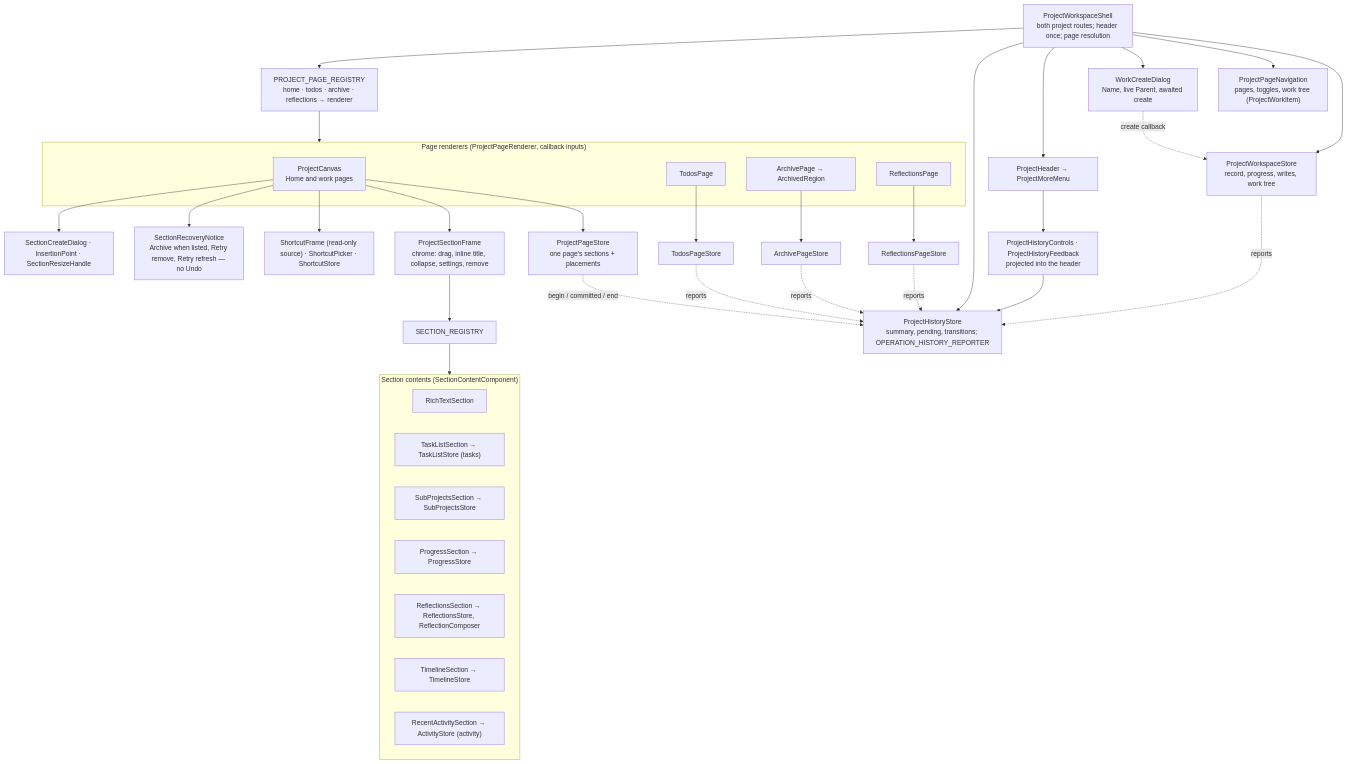
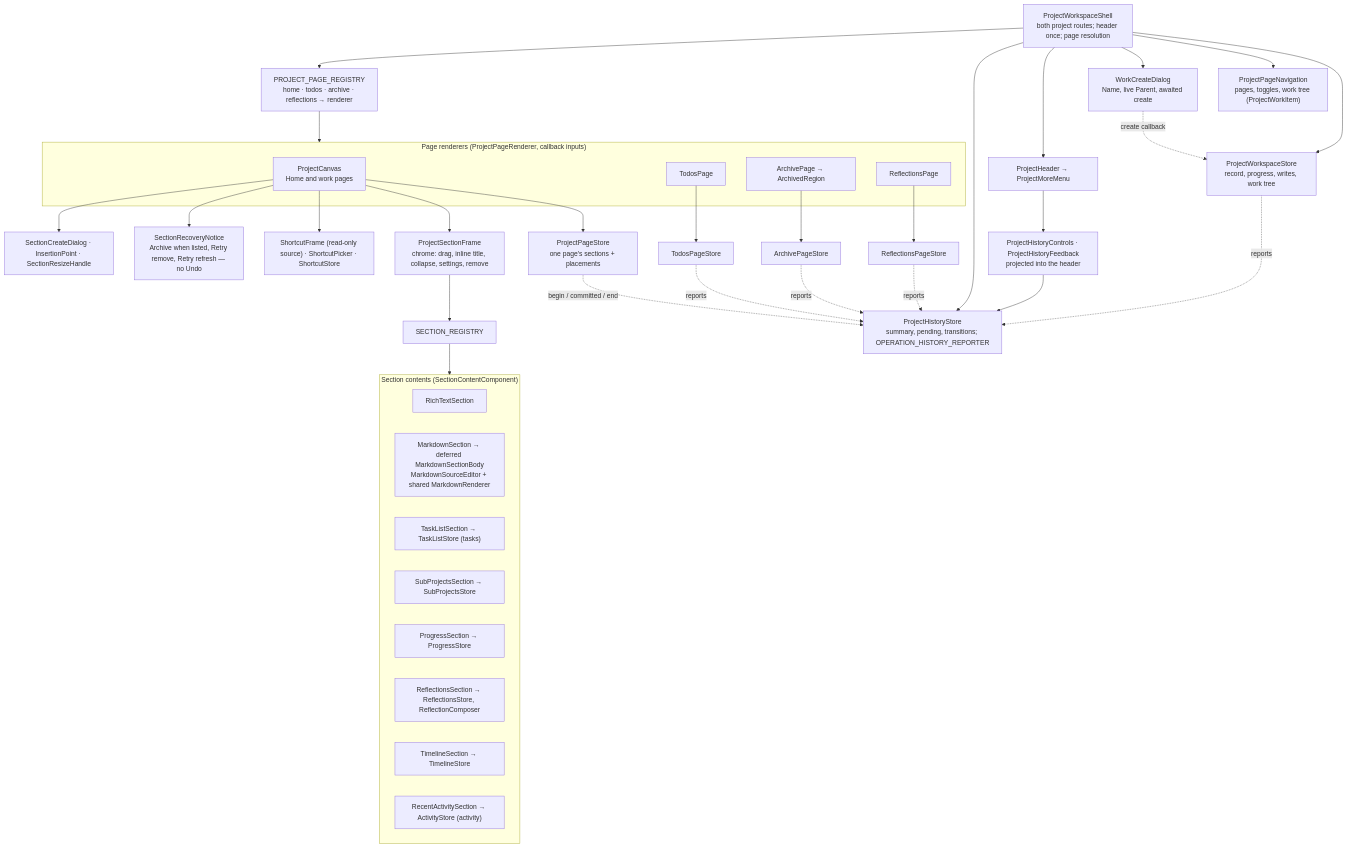
The first of 2 diagrams in docs/architecture/web/projects/what.md (CalciteDragon/Canvas-work-manager-prototype), drawn with Mermaid before and after one commit. The commit also changed other lines of this file and 78 other files, not shown here.

````diff
--- a/docs/architecture/web/projects/what.md
+++ b/docs/architecture/web/projects/what.md
@@ -5,56 +5,57 @@
 ```mermaid
 flowchart TB
   shell["ProjectWorkspaceShell<br/>both project routes; header once; page resolution"]
   wstore["ProjectWorkspaceStore<br/>record, progress, writes, work tree"]
   nav["ProjectPageNavigation<br/>pages, toggles, work tree (ProjectWorkItem)"]
   workcreate["WorkCreateDialog<br/>Name, live Parent, awaited create"]
   header["ProjectHeader → ProjectMoreMenu"]
   hist["ProjectHistoryStore<br/>summary, pending, transitions; OPERATION_HISTORY_REPORTER"]
   controls["ProjectHistoryControls · ProjectHistoryFeedback<br/>projected into the header"]
   reg["PROJECT_PAGE_REGISTRY<br/>home · todos · archive · reflections → renderer"]
   subgraph renderers["Page renderers (ProjectPageRenderer, callback inputs)"]
     canvas["ProjectCanvas<br/>Home and work pages"]
     todos["TodosPage"]
     archive["ArchivePage → ArchivedRegion"]
     refl["ReflectionsPage"]
   end
   pstore["ProjectPageStore<br/>one page's sections + placements"]
   tstore["TodosPageStore"]
   astore["ArchivePageStore"]
   rstore["ReflectionsPageStore"]
   frame["ProjectSectionFrame<br/>chrome: drag, inline title, collapse, settings, remove"]
   sreg["SECTION_REGISTRY"]
   subgraph sections["Section contents (SectionContentComponent)"]
     rt["RichTextSection"]
+    md["MarkdownSection → deferred MarkdownSectionBody<br/>MarkdownSourceEditor + shared MarkdownRenderer"]
     tl["TaskListSection → TaskListStore (tasks)"]
     sp["SubProjectsSection → SubProjectsStore"]
     pg["ProgressSection → ProgressStore"]
     rf["ReflectionsSection → ReflectionsStore, ReflectionComposer"]
     tm["TimelineSection → TimelineStore"]
     ra["RecentActivitySection → ActivityStore (activity)"]
   end
   sc["ShortcutFrame (read-only source) · ShortcutPicker · ShortcutStore"]
   notice["SectionRecoveryNotice<br/>Archive when listed, Retry remove, Retry refresh — no Undo"]
   create["SectionCreateDialog · InsertionPoint · SectionResizeHandle"]
   shell --> wstore
   shell --> nav
   shell --> workcreate
   workcreate -. "create callback" .-> wstore
   shell --> header
   shell --> hist
   header --> controls --> hist
   pstore -. "begin / committed / end" .-> hist
   tstore -. reports .-> hist
   astore -. reports .-> hist
   rstore -. reports .-> hist
   wstore -. reports .-> hist
   shell --> reg --> renderers
   canvas --> pstore
   todos --> tstore
   archive --> astore
   refl --> rstore
   canvas --> frame --> sreg --> sections
   canvas --> sc
   canvas --> notice
   canvas --> create
 ```
````
